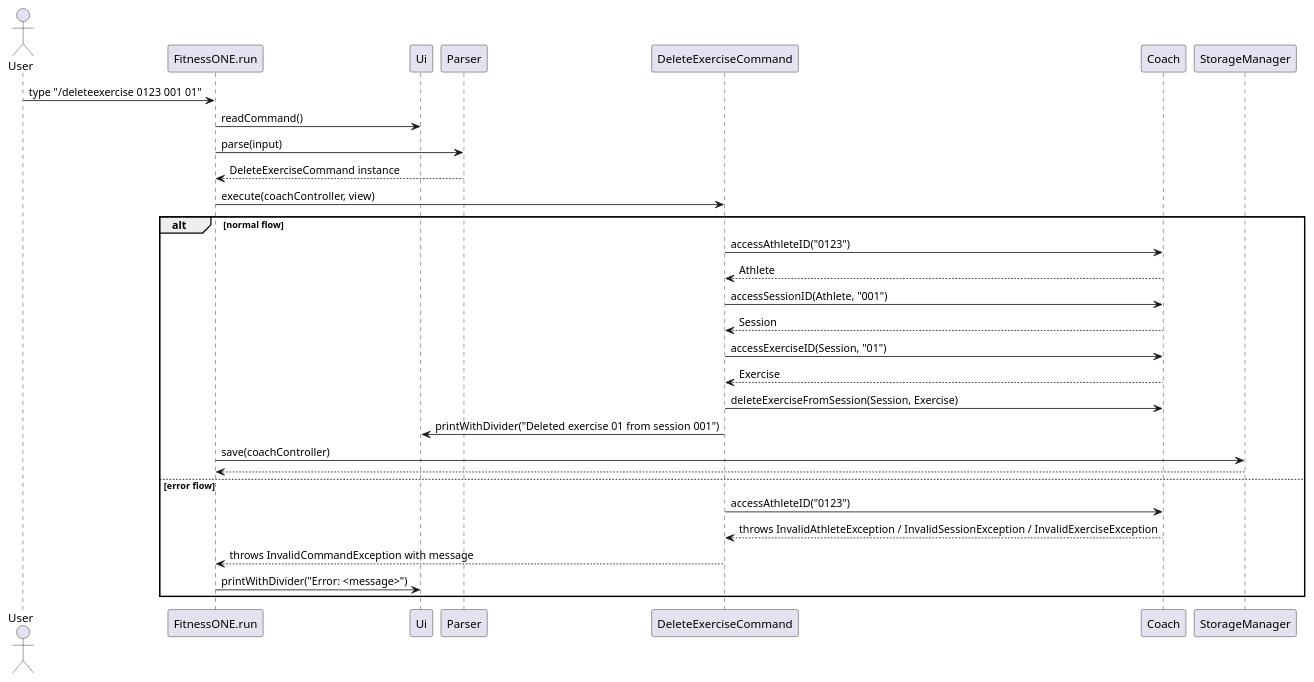
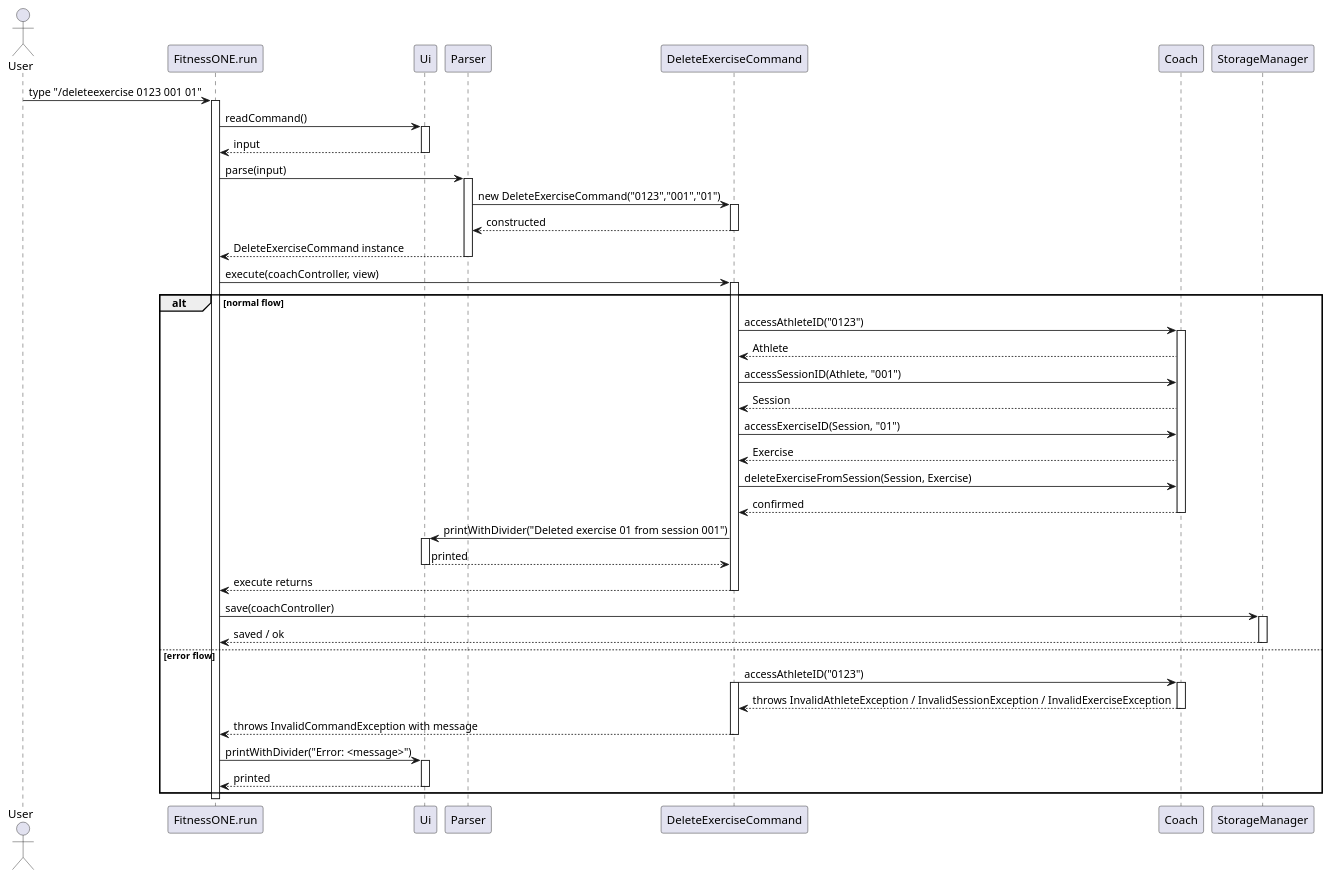
Before and after one commit to AY2526S1-CS2113-W14-1/tp: the diagram in docs/diagrams/DeleteExercise_sequence.puml, drawn with PlantUML. The commit also changed 22 other files, not shown here.

Commit message:
modification after PE-dry run 1. indentation for printing new session 2. adding activation bar 3. adding exception to redundant inputs 4. adjusting inputs with extra space

```diff
--- a/docs/diagrams/DeleteExercise_sequence.puml
+++ b/docs/diagrams/DeleteExercise_sequence.puml
@@ -1,33 +1,73 @@
 @startuml
 actor User
 participant FitnessONE as "FitnessONE.run"
 participant Ui as "Ui"
 participant Parser as "Parser"
 participant DeleteExerciseCmd as "DeleteExerciseCommand"
 participant Coach as "Coach"
 participant Storage as "StorageManager"
 
 User -> FitnessONE : type "/deleteexercise 0123 001 01"
+activate FitnessONE
+
 FitnessONE -> Ui : readCommand()
+activate Ui
+Ui --> FitnessONE : input
+deactivate Ui
+
 FitnessONE -> Parser : parse(input)
+activate Parser
+' Parser constructs the command so activation bar starts at command header
+Parser -> DeleteExerciseCmd ++ : new DeleteExerciseCommand("0123","001","01")
+DeleteExerciseCmd --> Parser -- : constructed
 Parser --> FitnessONE : DeleteExerciseCommand instance
+deactivate Parser
+
 FitnessONE -> DeleteExerciseCmd : execute(coachController, view)
+activate DeleteExerciseCmd
 
 alt normal flow
     DeleteExerciseCmd -> Coach : accessAthleteID("0123")
+    activate Coach
     Coach --> DeleteExerciseCmd : Athlete
+
     DeleteExerciseCmd -> Coach : accessSessionID(Athlete, "001")
     Coach --> DeleteExerciseCmd : Session
+
     DeleteExerciseCmd -> Coach : accessExerciseID(Session, "01")
     Coach --> DeleteExerciseCmd : Exercise
+
     DeleteExerciseCmd -> Coach : deleteExerciseFromSession(Session, Exercise)
+    Coach --> DeleteExerciseCmd : confirmed
+    deactivate Coach
+
     DeleteExerciseCmd -> Ui : printWithDivider("Deleted exercise 01 from session 001")
+    activate Ui
+    Ui --> DeleteExerciseCmd : printed
+    deactivate Ui
+
+    DeleteExerciseCmd --> FitnessONE : execute returns
+    deactivate DeleteExerciseCmd
+
     FitnessONE -> Storage : save(coachController)
-    Storage --> FitnessONE
+    activate Storage
+    Storage --> FitnessONE : saved / ok
+    deactivate Storage
 else error flow
     DeleteExerciseCmd -> Coach : accessAthleteID("0123")
+    activate DeleteExerciseCmd
+    activate Coach
     Coach --> DeleteExerciseCmd : throws InvalidAthleteException / InvalidSessionException / InvalidExerciseException
+    deactivate Coach
+
     DeleteExerciseCmd --> FitnessONE : throws InvalidCommandException with message
+    deactivate DeleteExerciseCmd
+
     FitnessONE -> Ui : printWithDivider("Error: <message>")
+    activate Ui
+    Ui --> FitnessONE : printed
+    deactivate Ui
 end
+
+deactivate FitnessONE
 @enduml
```
